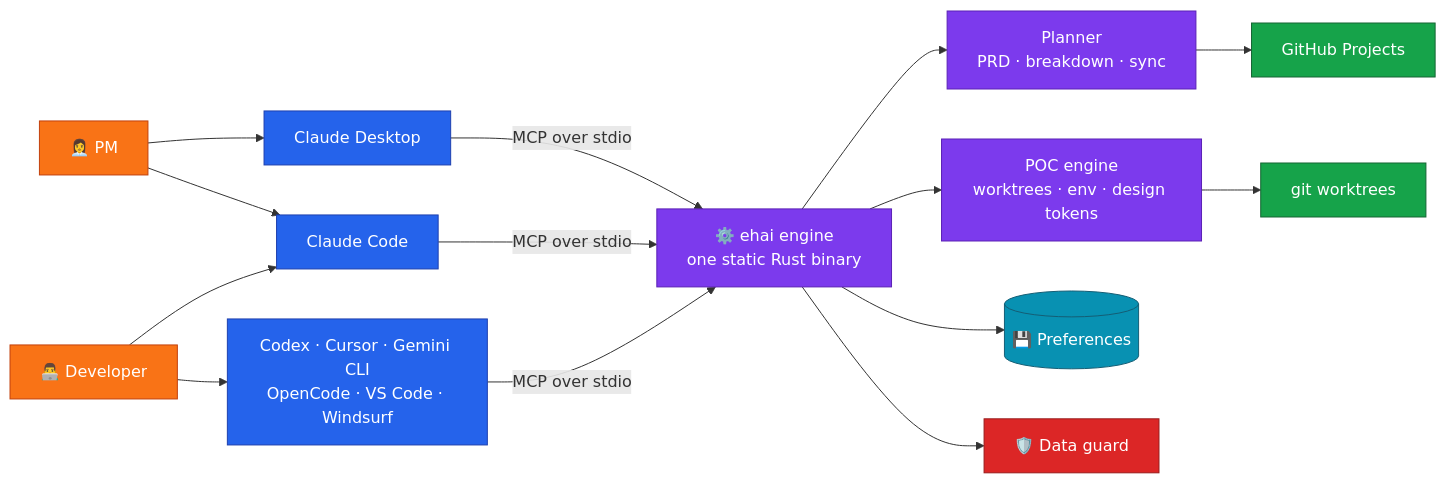
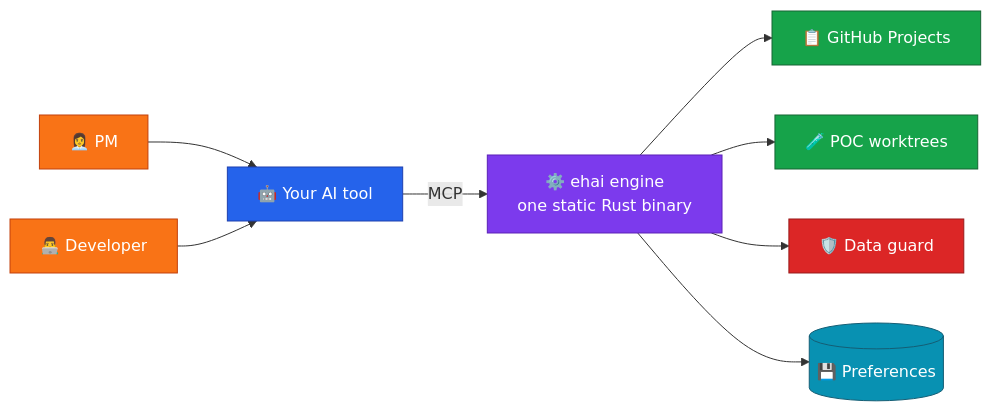
One commit to jagadeeshm007/ehai changed the diagram in README.md. Above: the diagram before and after it, drawn with Mermaid. The commit also changed other lines of this file, not shown here.

````diff
--- a/README.md
+++ b/README.md
@@ -54,20 +32,16 @@
 ```mermaid
 flowchart LR
-  pm["👩‍💼 PM"]:::user --> cd["Claude Desktop"]:::harness
-  pm --> cc["Claude Code"]:::harness
-  dev["👨‍💻 Developer"]:::user --> cc
-  dev --> oth["Codex · Cursor · Gemini CLI<br/>OpenCode · VS Code · Windsurf"]:::harness
-  cd & cc & oth -- "MCP over stdio" --> mcp["⚙️ ehai engine<br/>one static Rust binary"]:::engine
-  mcp --> plan["Planner<br/>PRD · breakdown · sync"]:::engine
-  mcp --> poc["POC engine<br/>worktrees · env · design tokens"]:::engine
-  mcp --> prefs[("💾 Preferences")]:::store
-  mcp --> guard["🛡️ Data guard"]:::guard
-  plan --> gh["GitHub Projects"]:::ext
-  poc --> git["git worktrees"]:::ext
+  pm["👩‍💼 PM"]:::user --> h["🤖 Your AI tool"]:::harness
+  dev["👨‍💻 Developer"]:::user --> h
+  h -- "MCP" --> e["⚙️ ehai engine<br/>one static Rust binary"]:::engine
+  e --> gh["📋 GitHub Projects"]:::ext
+  e --> poc["🧪 POC worktrees"]:::ext
+  e --> g["🛡️ Data guard"]:::guard
+  e --> p[("💾 Preferences")]:::store
   classDef user fill:#f97316,stroke:#c2410c,color:#fff
   classDef harness fill:#2563eb,stroke:#1e40af,color:#fff
   classDef engine fill:#7c3aed,stroke:#5b21b6,color:#fff
   classDef ext fill:#16a34a,stroke:#166534,color:#fff
   classDef store fill:#0891b2,stroke:#155e75,color:#fff
   classDef guard fill:#dc2626,stroke:#991b1b,color:#fff
 ```
````
